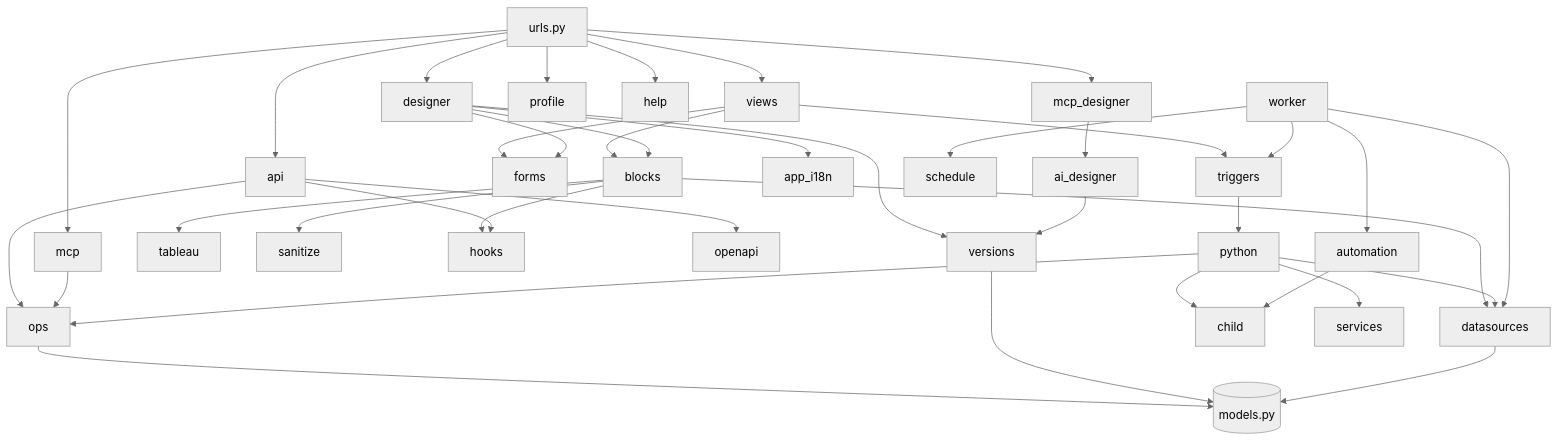
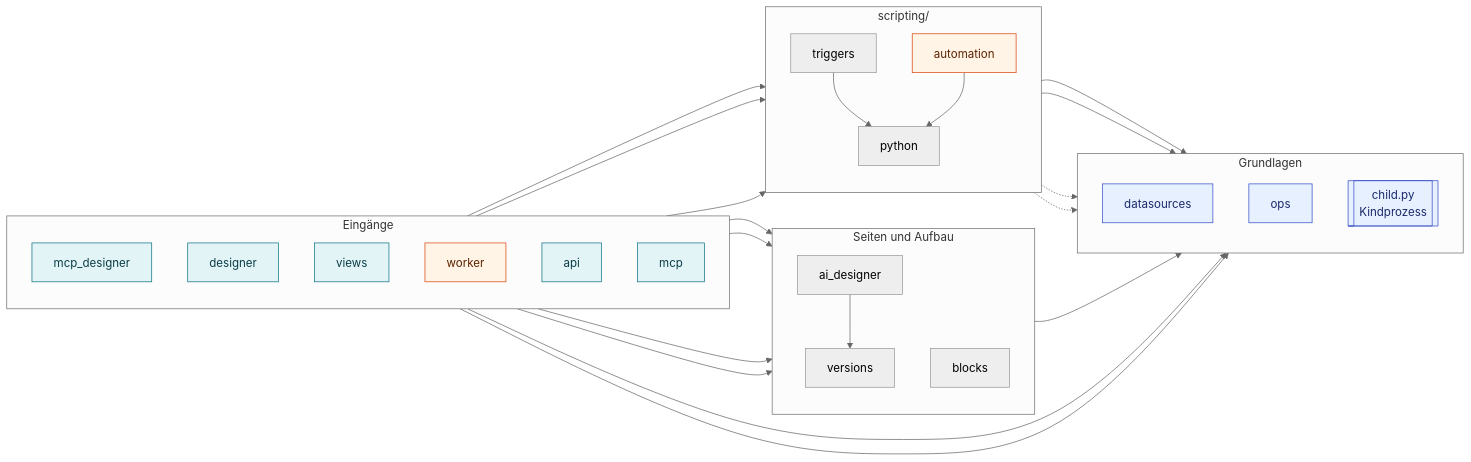
The second of 15 diagrams in docs/TECHNISCHE_DOKUMENTATION.md (Turksat46/Baukasten), drawn with Mermaid (neutral theme) before and after one commit. The commit also changed other lines of this file, not shown here.

Commit message:
Technische Dokumentation: Inhalt gegen den Code geprüft, Diagramme neu gestaltet

````diff
--- a/docs/TECHNISCHE_DOKUMENTATION.md
+++ b/docs/TECHNISCHE_DOKUMENTATION.md
@@ -147,16 +167,58 @@
 ```mermaid
-flowchart TD
-    urls["urls.py"] --> views & designer & api & mcp & mcp_designer & profile & help
-    views --> blocks & forms & triggers
-    designer --> versions & app_i18n & blocks & forms
-    blocks --> datasources & tableau & sanitize & hooks
-    api --> ops & openapi & hooks
+flowchart LR
+    subgraph E["Eingänge"]
+        direction TB
+        mcp_designer
+        designer
+        views
+        worker
+        api
+        mcp
+    end
+
+    subgraph F["Seiten und Aufbau"]
+        direction TB
+        ai_designer
+        versions
+        blocks
+    end
+
+    subgraph S["scripting/"]
+        direction TB
+        triggers
+        automation
+        python
+    end
+
+    subgraph B["Grundlagen"]
+        direction TB
+        datasources
+        ops
+        child[["child.py<br/>Kindprozess"]]
+    end
+
+    mcp_designer --> ai_designer --> versions
+    designer --> versions
+    designer --> blocks
+    views --> blocks
+    views --> triggers
+    worker --> triggers
+    worker --> automation
+    triggers --> python
+    automation --> python
+    blocks --> datasources
+    python --> datasources
+    python --> ops
+    api --> ops
     mcp --> ops
-    mcp_designer --> ai_designer --> versions
-    triggers --> python
-    python --> child
-    python --> ops & datasources & services
-    worker --> automation --> child
-    worker --> triggers & datasources & schedule
-    ops & versions & datasources --> models[("models.py")]
+    python -.-> child
+    automation -.-> child
+
+    classDef web fill:#e3f4f6,stroke:#0b7285,color:#0b3d47
+    classDef worker fill:#fff4e6,stroke:#d9480f,color:#5c2400
+    classDef data fill:#e7f0ff,stroke:#364fc7,color:#1b2a6b
+    classDef ext fill:#f1f3f5,stroke:#868e96,color:#212529
+    class views,designer,api,mcp,mcp_designer web
+    class worker,automation worker
+    class ops,datasources,child data
 ```
````
